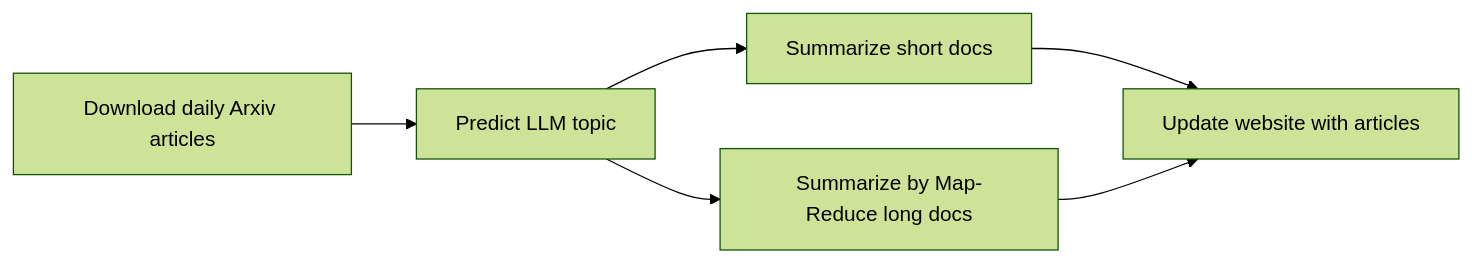
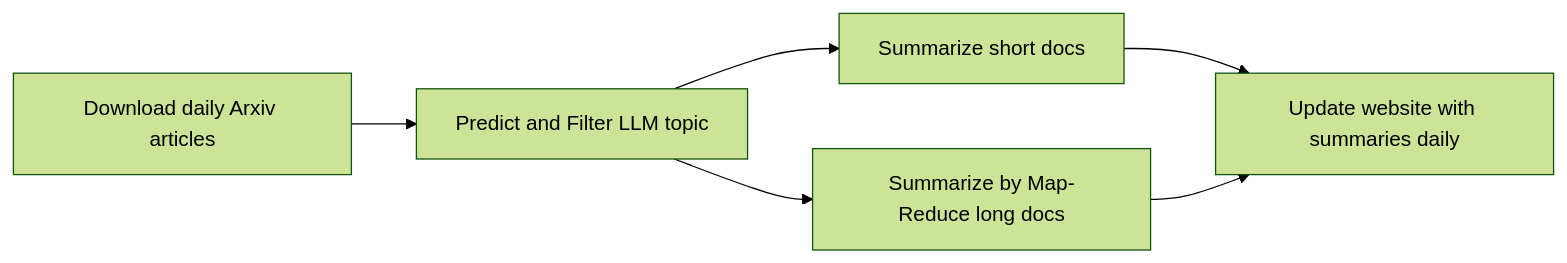
The diagram in README.md (wesslen/bayesian-beagle), drawn with Mermaid (forest theme) before and after one commit.

Commit message:
Update README.md mermaid update

````diff
--- a/README.md
+++ b/README.md
@@ -7,8 +7,8 @@
 ```mermaid
 graph LR
-    A["Download daily Arxiv articles"] --> B["Predict LLM topic"]
+    A["Download daily Arxiv articles"] --> B["Predict and Filter LLM topic"]
     B --> C["Summarize short docs"]
     B --> D["Summarize by Map-Reduce long docs"]
-    C --> E["Update website with articles"]
+    C --> E["Update website with summaries daily"]
     D --> E
 ```
````
